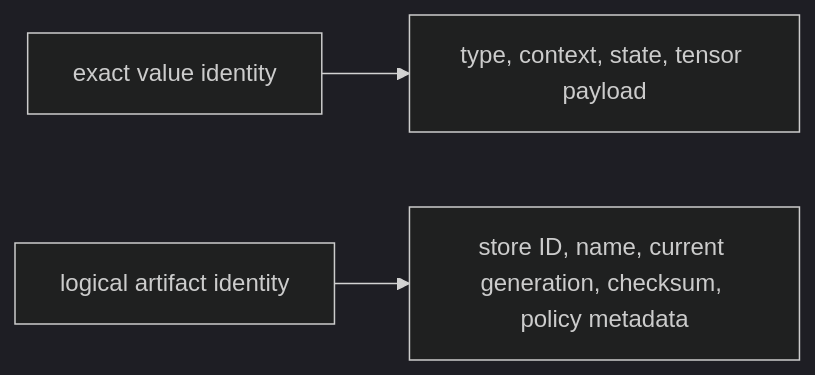
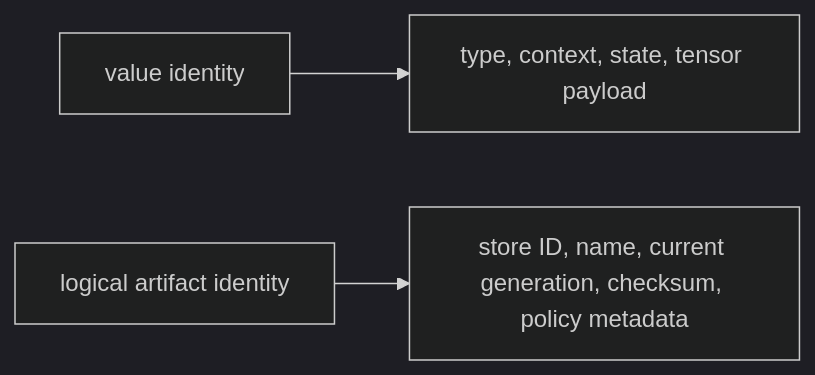
One commit to visualDust/fhelium changed the third of 3 diagrams in docs/concepts/execution/serialization-and-artifacts.md. Above: the diagram before and after it, drawn with Mermaid (dark theme). The commit also changed other lines of this file and 222 other files, not shown here.

````diff
--- a/docs/concepts/execution/serialization-and-artifacts.md
+++ b/docs/concepts/execution/serialization-and-artifacts.md
@@ -123,9 +123,9 @@
 ```mermaid
 flowchart LR
-    EXACT["exact value identity"]
-    EXACT_FIELDS["type, context, state, tensor payload"]
+    VALUE_ID["value identity"]
+    VALUE_FIELDS["type, context, state, tensor payload"]
     LOGICAL["logical artifact identity"]
     LOGICAL_FIELDS["store ID, name, current generation, checksum, policy metadata"]
-    EXACT --> EXACT_FIELDS
+    VALUE_ID --> VALUE_FIELDS
     LOGICAL --> LOGICAL_FIELDS
 ```
````
